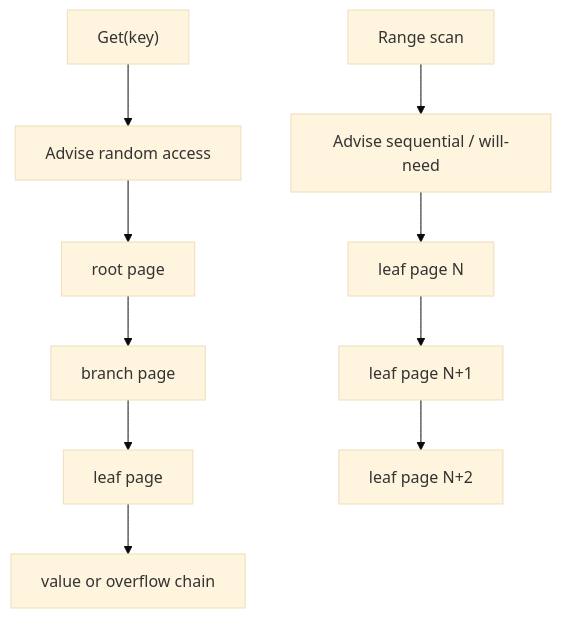
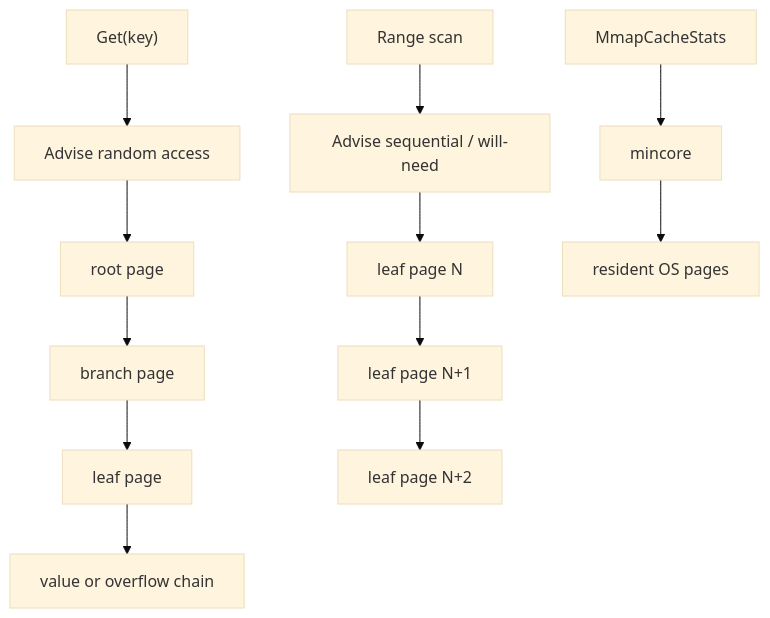
The second of 3 diagrams in docs/08-mmap-backed-pages.md (hadamrd/cow-btree-course), drawn with Mermaid (base theme) before and after one commit. The commit also changed other lines of this file and 9 other files, not shown here.

Commit message:
feat: report mmap cache residency

````diff
--- a/docs/08-mmap-backed-pages.md
+++ b/docs/08-mmap-backed-pages.md
@@ -75,13 +85,16 @@
 ```mermaid
 flowchart TD
     G["Get(key)"] --> A["Advise random access"]
     A --> R["root page"]
     R --> B["branch page"]
     B --> L["leaf page"]
     L --> V["value or overflow chain"]
 
     S["Range scan"] --> Q["Advise sequential / will-need"]
     Q --> P1["leaf page N"]
     P1 --> P2["leaf page N+1"]
     P2 --> P3["leaf page N+2"]
+
+    C["MmapCacheStats"] --> M["mincore"]
+    M --> K["resident OS pages"]
 ```
````
